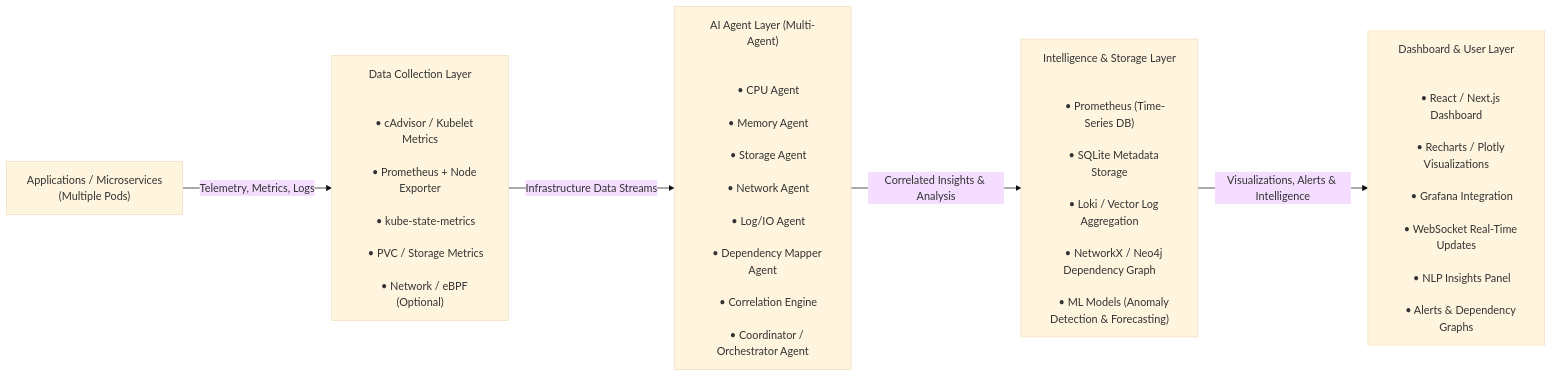
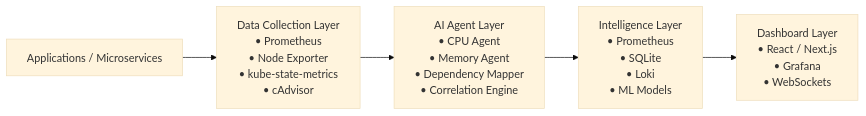
Before and after one commit to PodSageAI/PodSage-AI: the diagram in README.md, drawn with Mermaid (base theme). The commit also changed other lines of this file, not shown here.

````diff
--- a/README.md
+++ b/README.md
@@ -45,45 +44,33 @@
 ```mermaid
 flowchart LR
 
-    A["Applications / Microservices<br/>(Multiple Pods)"]
+    A["Applications / Microservices"]
 
-    B["Data Collection Layer<br/><br/>
-    • cAdvisor / Kubelet Metrics<br/>
-    • Prometheus + Node Exporter<br/>
-    • kube-state-metrics<br/>
-    • PVC / Storage Metrics<br/>
-    • Network / eBPF (Optional)"]
+    B["Data Collection Layer
+    • Prometheus
+    • Node Exporter
+    • kube-state-metrics
+    • cAdvisor"]
 
-    C["AI Agent Layer (Multi-Agent)<br/><br/>
-    • CPU Agent<br/>
-    • Memory Agent<br/>
-    • Storage Agent<br/>
-    • Network Agent<br/>
-    • Log/IO Agent<br/>
-    • Dependency Mapper Agent<br/>
-    • Correlation Engine<br/>
-    • Coordinator / Orchestrator Agent"]
+    C["AI Agent Layer
+    • CPU Agent
+    • Memory Agent
+    • Dependency Mapper
+    • Correlation Engine"]
 
-    D["Intelligence & Storage Layer<br/><br/>
-    • Prometheus (Time-Series DB)<br/>
-    • SQLite Metadata Storage<br/>
-    • Loki / Vector Log Aggregation<br/>
-    • NetworkX / Neo4j Dependency Graph<br/>
-    • ML Models (Anomaly Detection & Forecasting)"]
+    D["Intelligence Layer
+    • Prometheus
+    • SQLite
+    • Loki
+    • ML Models"]
 
-    E["Dashboard & User Layer<br/><br/>
-    • React / Next.js Dashboard<br/>
-    • Recharts / Plotly Visualizations<br/>
-    • Grafana Integration<br/>
-    • WebSocket Real-Time Updates<br/>
-    • NLP Insights Panel<br/>
-    • Alerts & Dependency Graphs"]
+    E["Dashboard Layer
+    • React / Next.js
+    • Grafana
+    • WebSockets"]
 
-    A -->|"Telemetry, Metrics, Logs"| B
-
-    B -->|"Infrastructure Data Streams"| C
-
-    C -->|"Correlated Insights & Analysis"| D
-
-    D -->|"Visualizations, Alerts & Intelligence"| E
+    A --> B
+    B --> C
+    C --> D
+    D --> E
 ```
````
